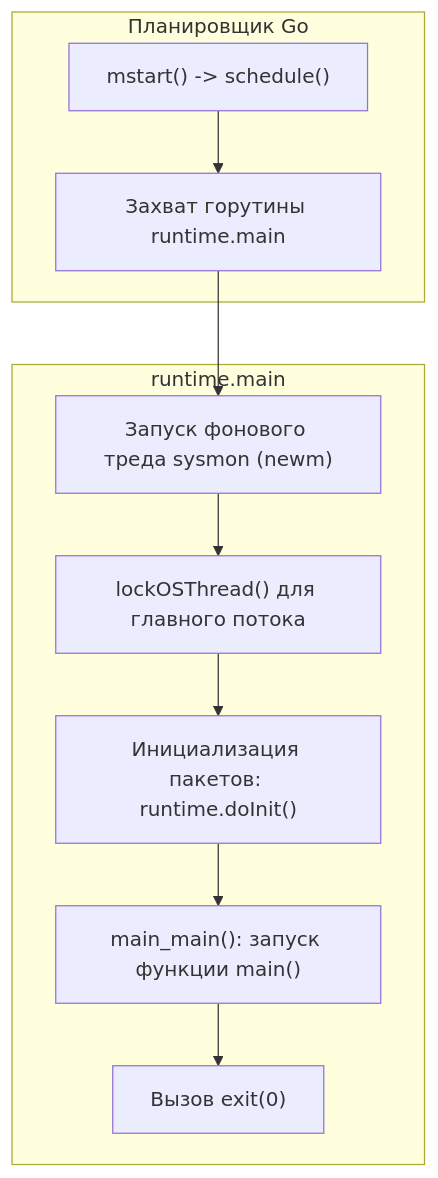
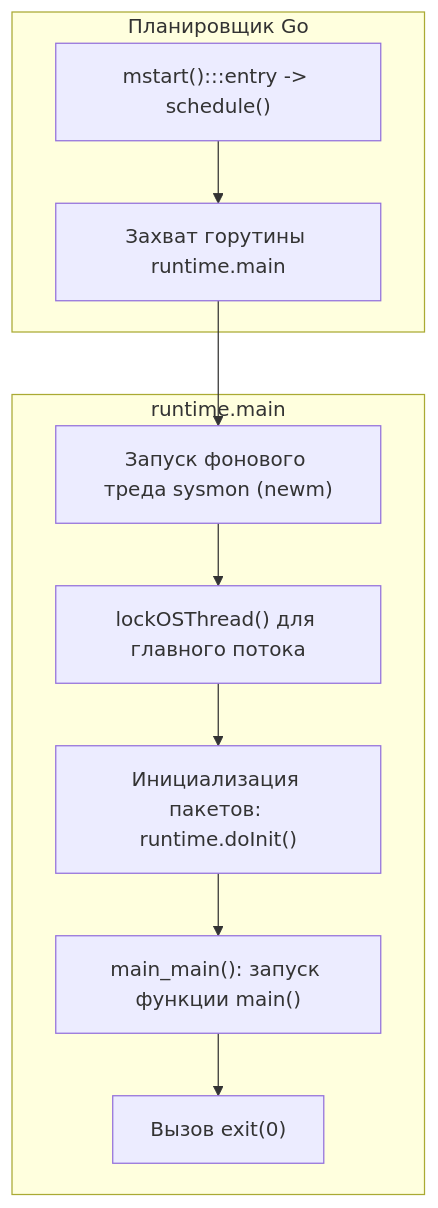
Before and after one commit to UnrealTemplier/go-textbook: the second of 2 diagrams in sources/7. Глубокий Go (Внутреннее устройство)/1. Обзор раздела. Что происходит внутри Go после запуска программы.md, drawn with Mermaid. The commit also changed other lines of this file and 1666 other files, not shown here.

First line of the commit message:
feat(mermaid): add semantic color classDef to 1369 colorless flowchart/graph diagrams

````diff
--- a/sources/7. Глубокий Go (Внутреннее устройство)/1. Обзор раздела. Что происходит внутри Go после запуска программы.md
+++ b/sources/7. Глубокий Go (Внутреннее устройство)/1. Обзор раздела. Что происходит внутри Go после запуска программы.md
@@ -106,13 +116,23 @@
 ```mermaid
 flowchart TD
+    classDef process  fill:#1e293b,stroke:#38bdf8,stroke-width:1px,color:#f8fafc
+    classDef success  fill:#064e3b,stroke:#34d399,stroke-width:1px,color:#f8fafc
+    classDef error    fill:#7f1d1d,stroke:#f87171,stroke-width:1px,color:#f8fafc
+    classDef warning  fill:#78350f,stroke:#fbbf24,stroke-width:1px,color:#f8fafc
+    classDef entry    fill:#1e3a5f,stroke:#38bdf8,stroke-width:2px,color:#f8fafc
+    classDef aux      fill:#334155,stroke:#64748b,stroke-width:1px,color:#f8fafc
+    classDef system   fill:#312e81,stroke:#a78bfa,stroke-width:1px,color:#f8fafc
+    classDef data     fill:#132d29,stroke:#2dd4bf,stroke-width:1px,color:#f8fafc
+    classDef network  fill:#881337,stroke:#fb7185,stroke-width:1px,color:#f8fafc
+    classDef accent   fill:#1e1b4b,stroke:#818cf8,stroke-width:1px,color:#f8fafc
     subgraph SchedLoop["Планировщик Go"]
-        MSTART["mstart() -> schedule()"] --> PICK["Захват горутины runtime.main"]
+        MSTART["mstart():::entry -> schedule()"] --> PICK["Захват горутины runtime.main"]
     end
     subgraph RuntimeMain["runtime.main"]
         PICK --> SYSMON["Запуск фонового треда sysmon (newm)"]
         SYSMON --> LOCKOS["lockOSThread() для главного потока"]
         LOCKOS --> DOINIT["Инициализация пакетов: runtime.doInit()"]
         DOINIT --> USERCODE["main_main(): запуск функции main()"]
         USERCODE --> EXIT["Вызов exit(0)"]
     end
 ```
````
